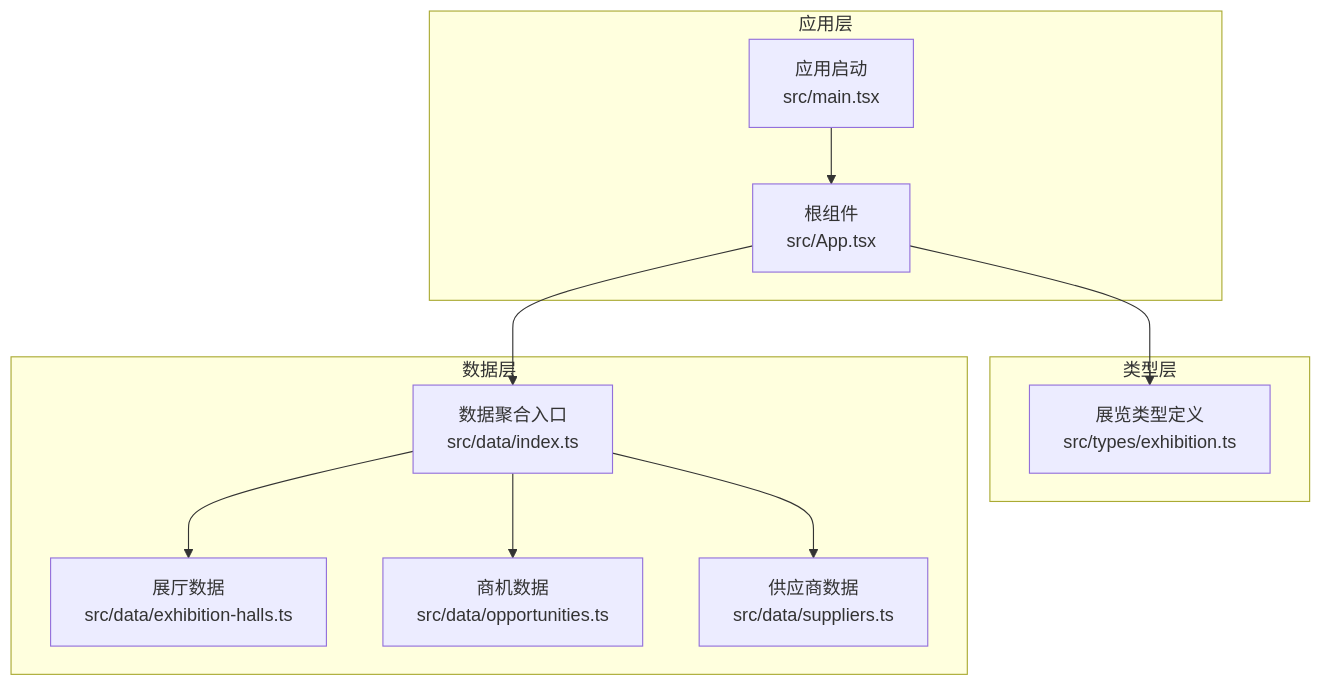
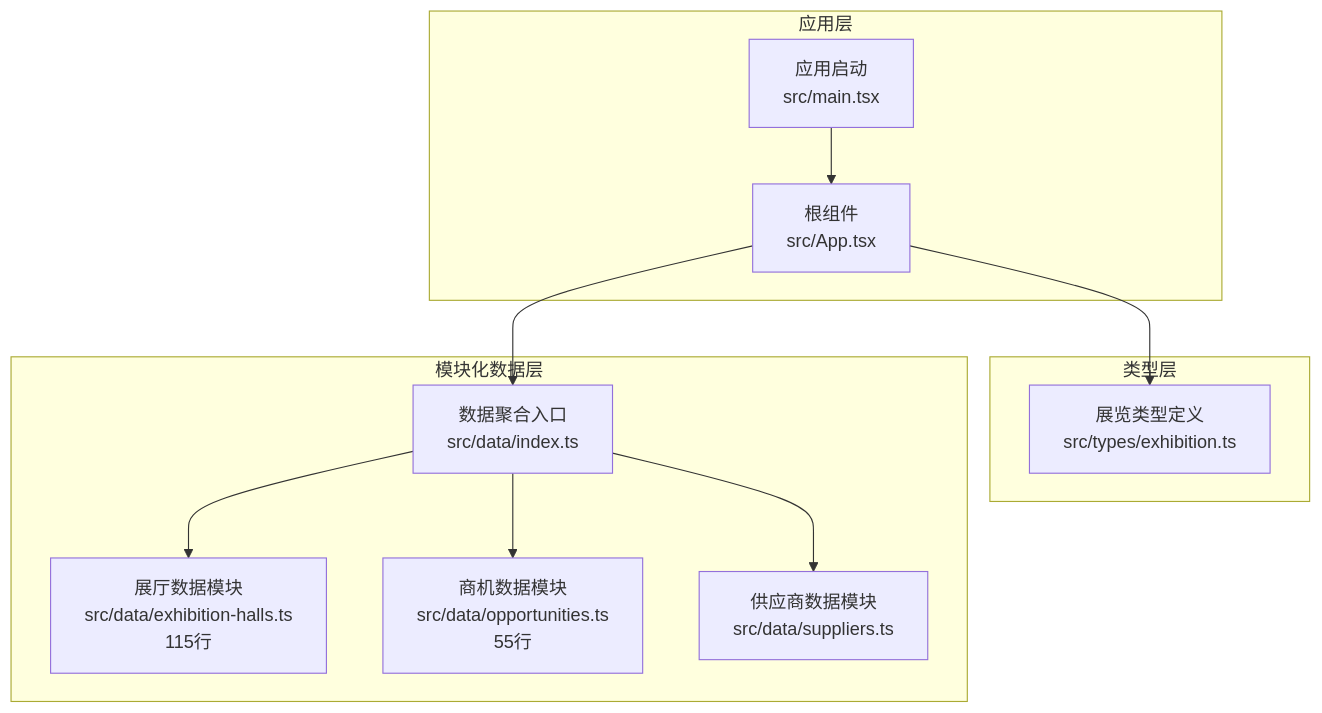
The second of 8 diagrams in .qoder/repowiki/zh/content/数据管理/展览数据管理/展览数据管理.md (Hu-Right/supply-os), drawn with Mermaid before and after one commit. The commit also changed other lines of this file and 33 other files, not shown here.

````diff
--- a/.qoder/repowiki/zh/content/数据管理/展览数据管理/展览数据管理.md
+++ b/.qoder/repowiki/zh/content/数据管理/展览数据管理/展览数据管理.md
@@ -99,22 +114,22 @@
 ```mermaid
 graph TB
 subgraph "类型层"
 T1["展览类型定义<br/>src/types/exhibition.ts"]
 end
-subgraph "数据层"
-D1["展厅数据<br/>src/data/exhibition-halls.ts"]
-D2["商机数据<br/>src/data/opportunities.ts"]
-D3["供应商数据<br/>src/data/suppliers.ts"]
+subgraph "模块化数据层"
+D1["展厅数据模块<br/>src/data/exhibition-halls.ts<br/>115行"]
+D2["商机数据模块<br/>src/data/opportunities.ts<br/>55行"]
+D3["供应商数据模块<br/>src/data/suppliers.ts"]
 D4["数据聚合入口<br/>src/data/index.ts"]
 end
 subgraph "应用层"
 A1["根组件<br/>src/App.tsx"]
 A2["应用启动<br/>src/main.tsx"]
 end
 A2 --> A1
 A1 --> T1
 A1 --> D4
 D4 --> D1
 D4 --> D2
 D4 --> D3
 ```
````
